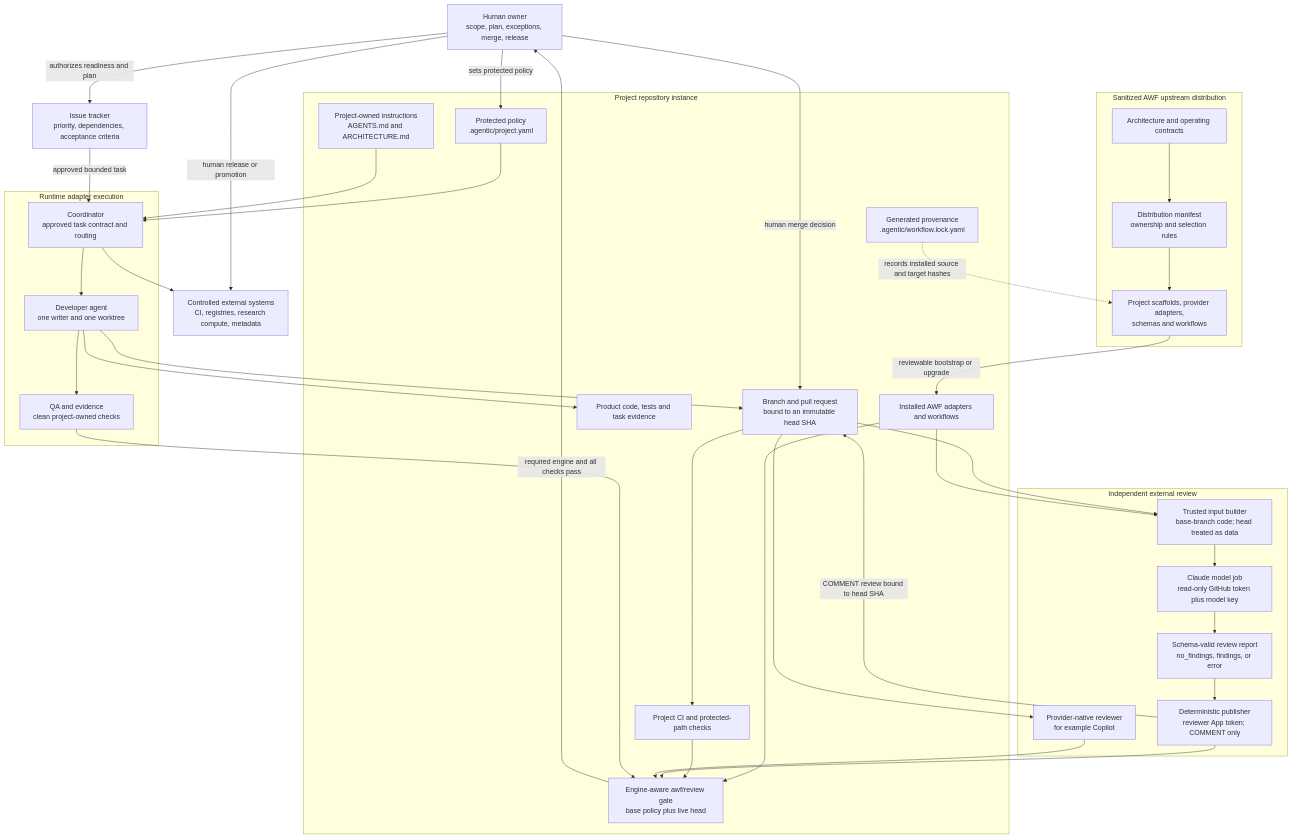
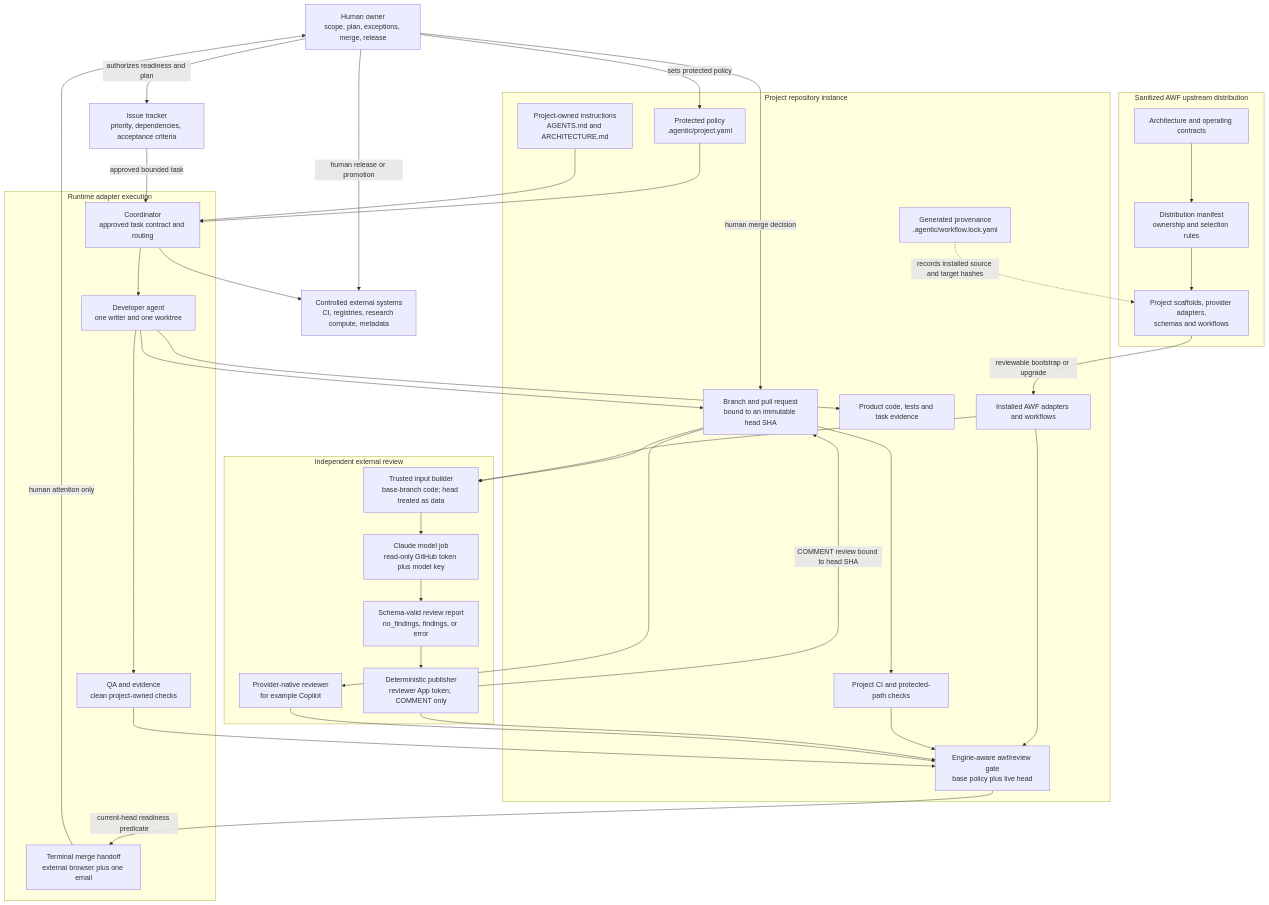
One commit to jkinlay/agentic-workflow-framework changed the first of 2 diagrams in docs/SYSTEM_ARCHITECTURE.md. Above: the diagram before and after it, drawn with Mermaid. The commit also changed other lines of this file and 7 other files, not shown here.

Commit message:
AWF-023 Define terminal human merge handoff

````diff
--- a/docs/SYSTEM_ARCHITECTURE.md
+++ b/docs/SYSTEM_ARCHITECTURE.md
@@ -25,69 +25,71 @@
 ```mermaid
 flowchart TB
   H["Human owner<br/>scope, plan, exceptions, merge, release"]
   T["Issue tracker<br/>priority, dependencies, acceptance criteria"]
 
   subgraph U["Sanitized AWF upstream distribution"]
     A["Architecture and operating contracts"]
     M["Distribution manifest<br/>ownership and selection rules"]
     S["Project scaffolds, provider adapters,<br/>schemas and workflows"]
   end
 
   subgraph P["Project repository instance"]
     I["Project-owned instructions<br/>AGENTS.md and ARCHITECTURE.md"]
     Y["Protected policy<br/>.agentic/project.yaml"]
     L["Generated provenance<br/>.agentic/workflow.lock.yaml"]
     W["Installed AWF adapters and workflows"]
     C["Product code, tests and task evidence"]
     PR["Branch and pull request<br/>bound to an immutable head SHA"]
     CI["Project CI and protected-path checks"]
     G["Engine-aware awf/review gate<br/>base policy plus live head"]
   end
 
   subgraph R["Runtime adapter execution"]
     O["Coordinator<br/>approved task contract and routing"]
     D["Developer agent<br/>one writer and one worktree"]
     Q["QA and evidence<br/>clean project-owned checks"]
+    MH["Terminal merge handoff<br/>external browser plus one email"]
   end
 
   subgraph X["Independent external review"]
     B["Trusted input builder<br/>base-branch code; head treated as data"]
     CM["Claude model job<br/>read-only GitHub token plus model key"]
     RR["Schema-valid review report<br/>no_findings, findings, or error"]
     DP["Deterministic publisher<br/>reviewer App token; COMMENT only"]
     CP["Provider-native reviewer<br/>for example Copilot"]
   end
 
   E["Controlled external systems<br/>CI, registries, research compute, metadata"]
 
   H -->|"authorizes readiness and plan"| T
   T -->|"approved bounded task"| O
   A --> M
   M --> S
   S -->|"reviewable bootstrap or upgrade"| W
   H -->|"sets protected policy"| Y
   Y --> O
   I --> O
   L -.->|"records installed source and target hashes"| S
   O --> D
   D --> C
   D --> PR
   PR --> CI
   PR --> B
   W --> B
   W --> G
   B --> CM
   CM --> RR
   RR --> DP
   DP -->|"COMMENT review bound to head SHA"| PR
   PR --> CP
   CI --> G
   DP --> G
   CP --> G
   Q --> G
   D --> Q
   O --> E
-  G -->|"required engine and all checks pass"| H
+  G -->|"current-head readiness predicate"| MH
+  MH -->|"human attention only"| H
   H -->|"human merge decision"| PR
   H -->|"human release or promotion"| E
 ```
````
